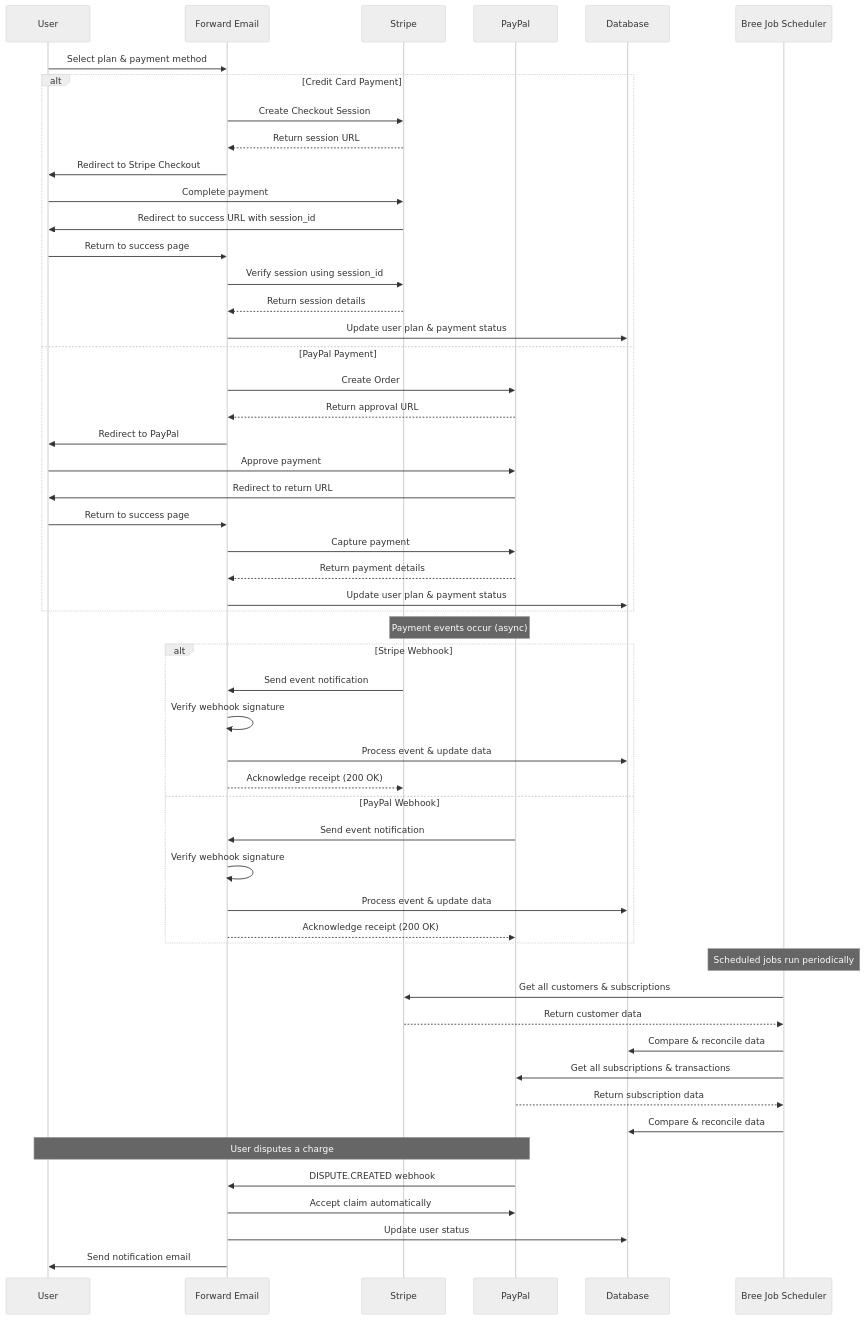
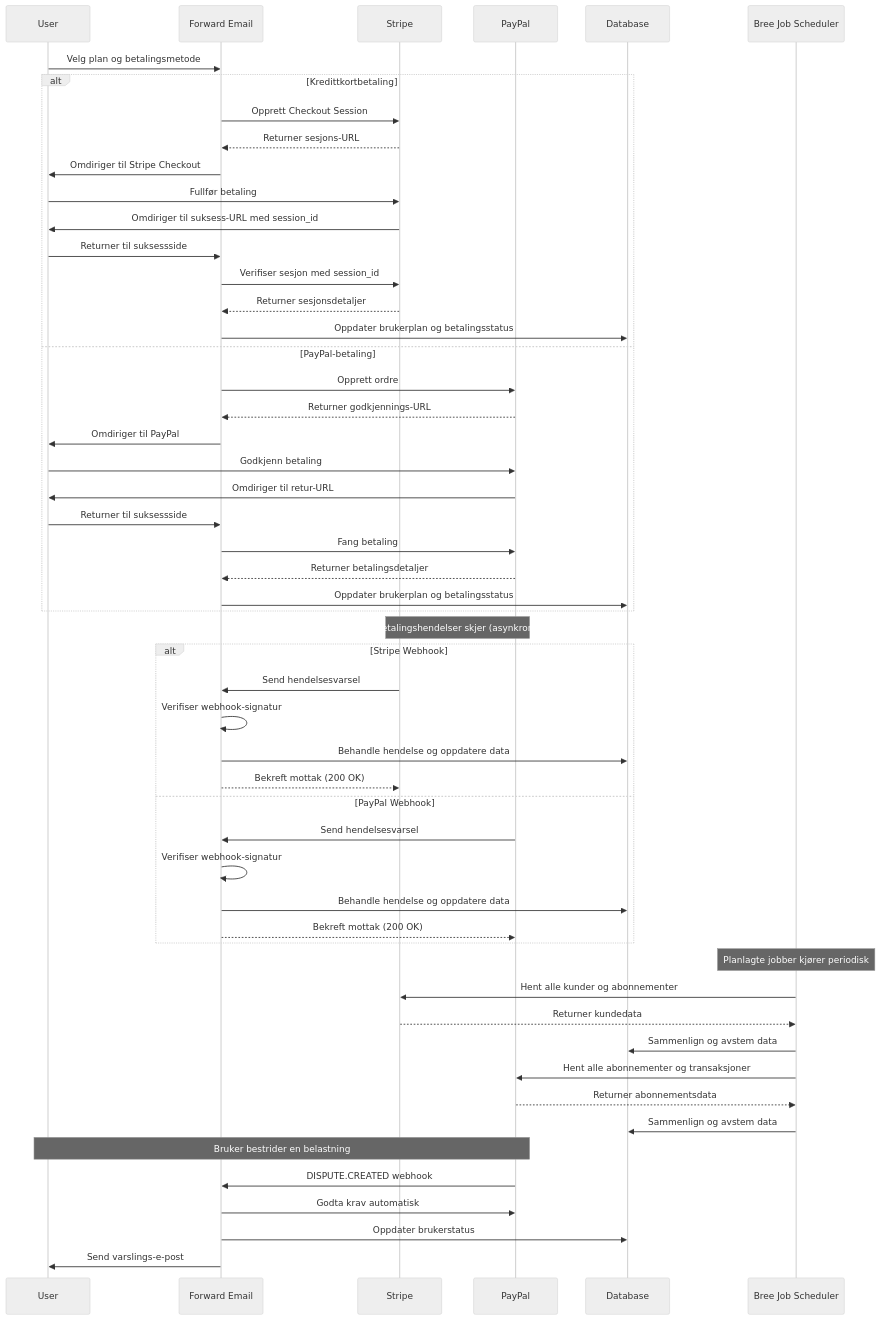
One commit to forwardemail/forwardemail.net changed the second of 7 diagrams in app/views/docs/building-reliable-payment-system-stripe-paypal/index-no.md. Above: the diagram before and after it, drawn with Mermaid (neutral theme). The commit also changed other lines of this file and 1055 other files, not shown here.

````diff
--- a/app/views/docs/building-reliable-payment-system-stripe-paypal/index-no.md
+++ b/app/views/docs/building-reliable-payment-system-stripe-paypal/index-no.md
@@ -215,68 +218,68 @@
 ```mermaid
 sequenceDiagram
     participant User
     participant FE as Forward Email
     participant Stripe
     participant PayPal
     participant DB as Database
     participant Bree as Bree Job Scheduler
 
     %% Initial checkout flow
-    User->>FE: Select plan & payment method
+    User->>FE: Velg plan og betalingsmetode
 
-    alt Credit Card Payment
-        FE->>Stripe: Create Checkout Session
-        Stripe-->>FE: Return session URL
-        FE->>User: Redirect to Stripe Checkout
-        User->>Stripe: Complete payment
-        Stripe->>User: Redirect to success URL with session_id
-        User->>FE: Return to success page
-        FE->>Stripe: Verify session using session_id
-        Stripe-->>FE: Return session details
-        FE->>DB: Update user plan & payment status
-    else PayPal Payment
-        FE->>PayPal: Create Order
-        PayPal-->>FE: Return approval URL
-        FE->>User: Redirect to PayPal
-        User->>PayPal: Approve payment
-        PayPal->>User: Redirect to return URL
-        User->>FE: Return to success page
-        FE->>PayPal: Capture payment
-        PayPal-->>FE: Return payment details
-        FE->>DB: Update user plan & payment status
+    alt Kredittkortbetaling
+        FE->>Stripe: Opprett Checkout Session
+        Stripe-->>FE: Returner sesjons-URL
+        FE->>User: Omdiriger til Stripe Checkout
+        User->>Stripe: Fullfør betaling
+        Stripe->>User: Omdiriger til suksess-URL med session_id
+        User->>FE: Returner til suksessside
+        FE->>Stripe: Verifiser sesjon med session_id
+        Stripe-->>FE: Returner sesjonsdetaljer
+        FE->>DB: Oppdater brukerplan og betalingsstatus
+    else PayPal-betaling
+        FE->>PayPal: Opprett ordre
+        PayPal-->>FE: Returner godkjennings-URL
+        FE->>User: Omdiriger til PayPal
+        User->>PayPal: Godkjenn betaling
+        PayPal->>User: Omdiriger til retur-URL
+        User->>FE: Returner til suksessside
+        FE->>PayPal: Fang betaling
+        PayPal-->>FE: Returner betalingsdetaljer
+        FE->>DB: Oppdater brukerplan og betalingsstatus
     end
 
-    %% Webhook flow (asynchronous)
-    Note over Stripe,PayPal: Payment events occur (async)
+    %% Webhook-flyt (asynkron)
+    Note over Stripe,PayPal: Betalingshendelser skjer (asynkront)
 
     alt Stripe Webhook
-        Stripe->>FE: Send event notification
-        FE->>FE: Verify webhook signature
-        FE->>DB: Process event & update data
-        FE-->>Stripe: Acknowledge receipt (200 OK)
+        Stripe->>FE: Send hendelsesvarsel
+        FE->>FE: Verifiser webhook-signatur
+        FE->>DB: Behandle hendelse og oppdatere data
+        FE-->>Stripe: Bekreft mottak (200 OK)
     else PayPal Webhook
-        PayPal->>FE: Send event notification
-        FE->>FE: Verify webhook signature
-        FE->>DB: Process event & update data
-        FE-->>PayPal: Acknowledge receipt (200 OK)
+        PayPal->>FE: Send hendelsesvarsel
+        FE->>FE: Verifiser webhook-signatur
+        FE->>DB: Behandle hendelse og oppdatere data
+        FE-->>PayPal: Bekreft mottak (200 OK)
     end
 
-    %% Bree automated jobs
-    Note over Bree: Scheduled jobs run periodically
+    %% Bree automatiserte jobber
+    Note over Bree: Planlagte jobber kjører periodisk
 
-    Bree->>Stripe: Get all customers & subscriptions
-    Stripe-->>Bree: Return customer data
-    Bree->>DB: Compare & reconcile data
+    Bree->>Stripe: Hent alle kunder og abonnementer
+    Stripe-->>Bree: Returner kundedata
+    Bree->>DB: Sammenlign og avstem data
 
-    Bree->>PayPal: Get all subscriptions & transactions
-    PayPal-->>Bree: Return subscription data
-    Bree->>DB: Compare & reconcile data
+    Bree->>PayPal: Hent alle abonnementer og transaksjoner
+    PayPal-->>Bree: Returner abonnementsdata
+    Bree->>DB: Sammenlign og avstem data
 
-    %% Edge case: Dispute handling
-    Note over User,PayPal: User disputes a charge
+    %% Kanttilfelle: Håndtering av tvist
+    Note over User,PayPal: Bruker bestrider en belastning
 
     PayPal->>FE: DISPUTE.CREATED webhook
-    FE->>PayPal: Accept claim automatically
-    FE->>DB: Update user status
-    FE->>User: Send notification email
+    FE->>PayPal: Godta krav automatisk
+    FE->>DB: Oppdater brukerstatus
+    FE->>User: Send varslings-e-post
 ```
````
